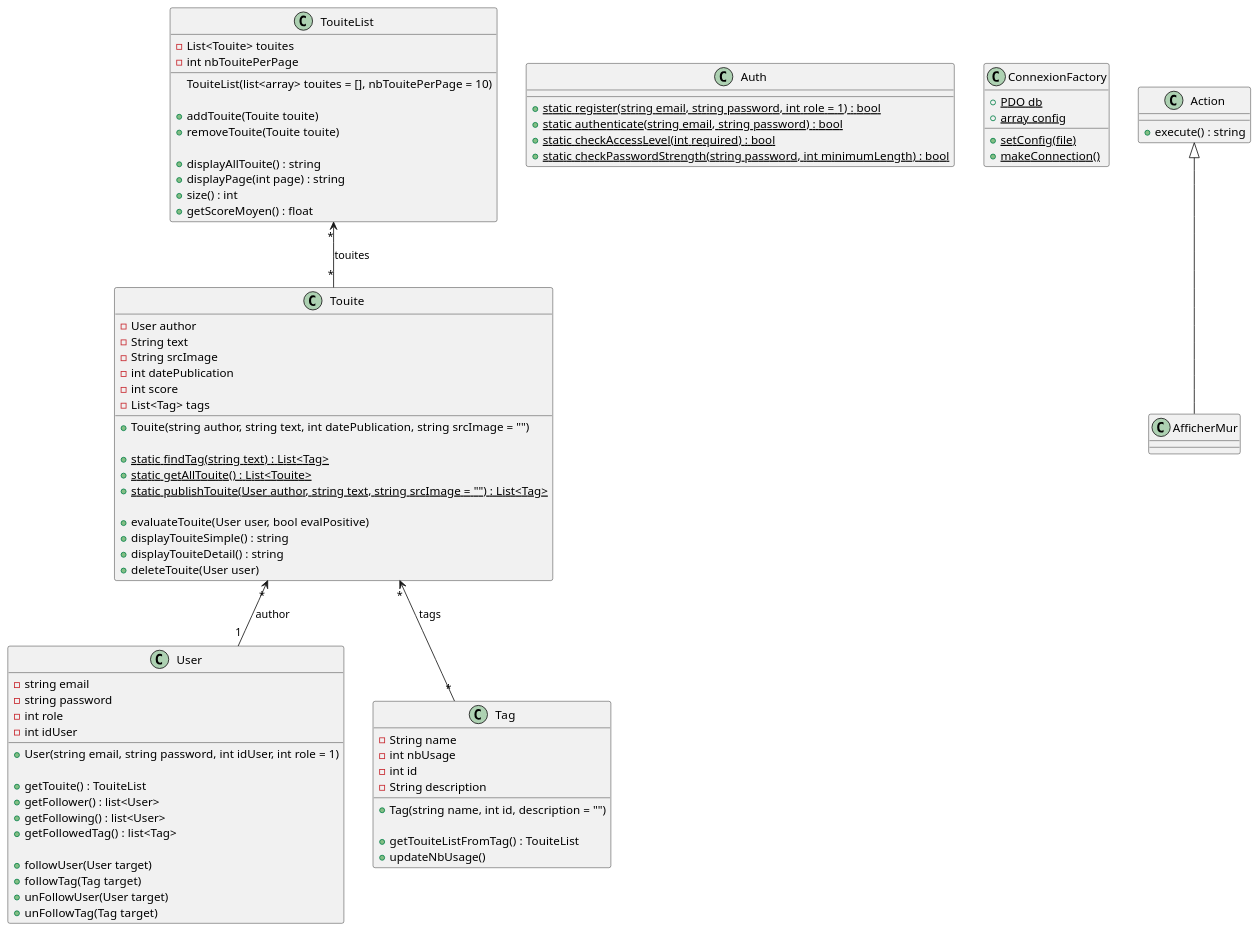
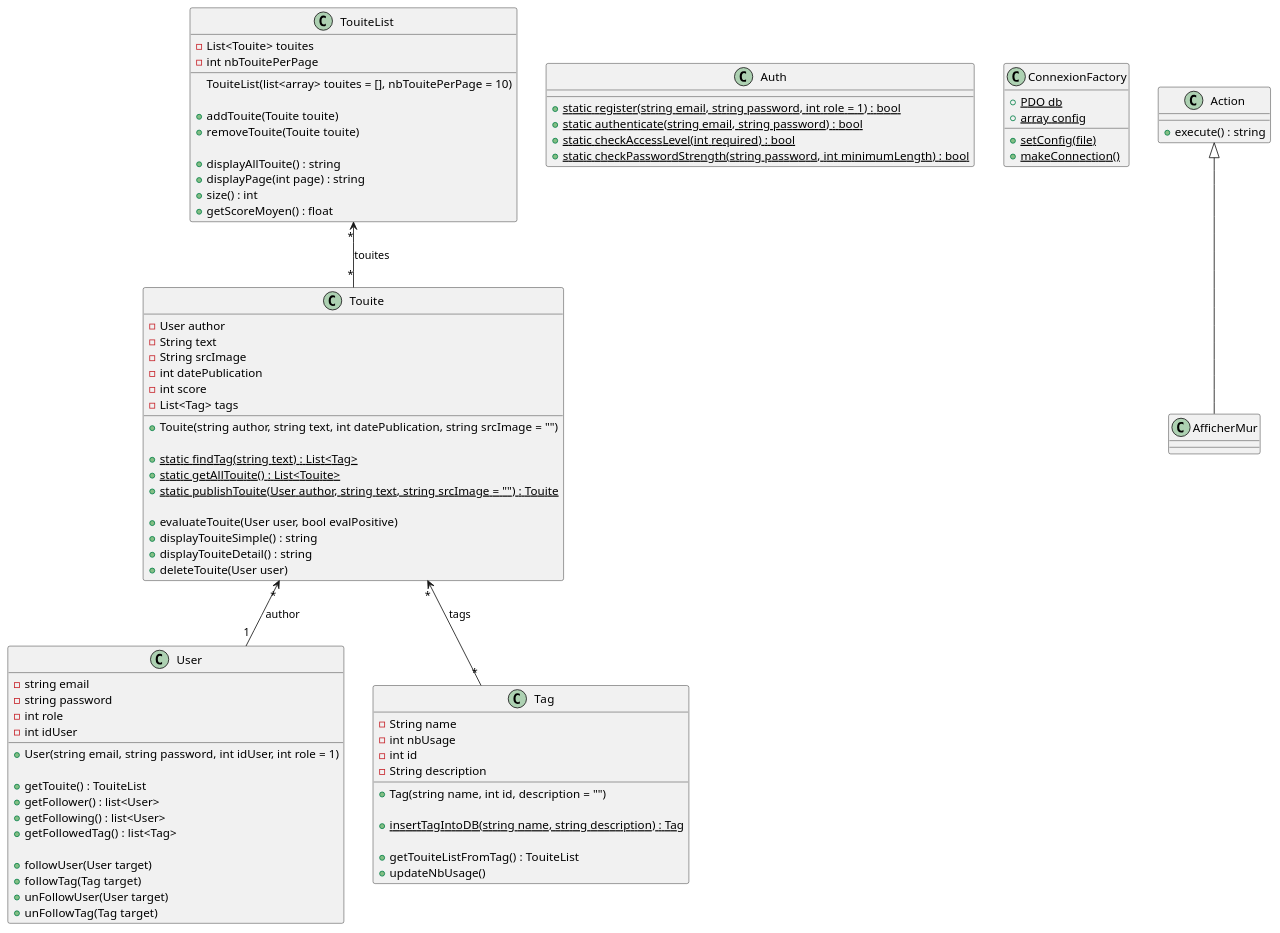
The diagram in src/ressource/Class_diagram.puml (Fiera42/Touiteur), drawn with PlantUML before and after one commit.

Commit message:
patched quirk in diagram

```diff
--- a/src/ressource/Class_diagram.puml
+++ b/src/ressource/Class_diagram.puml
@@ -1,97 +1,99 @@
 @startuml
 
 class User {
   -string email
   -string password
   -int role
   -int idUser
   
   +User(string email, string password, int idUser, int role = 1)
   
   +getTouite() : TouiteList
   +getFollower() : list<User>
   +getFollowing() : list<User>
   +getFollowedTag() : list<Tag>
   
   +followUser(User target)
   +followTag(Tag target)
   +unFollowUser(User target)
   +unFollowTag(Tag target)
 }
 
 class Touite {
   -User author
   -String text
   -String srcImage
   -int datePublication
   -int score
   -List<Tag> tags
   
   +Touite(string author, string text, int datePublication, string srcImage = "")
   
   +{static}static findTag(string text) : List<Tag>
   +{static}static getAllTouite() : List<Touite>
-  +{static}static publishTouite(User author, string text, string srcImage = "") : List<Tag>
+  +{static}static publishTouite(User author, string text, string srcImage = "") : Touite
   
   +evaluateTouite(User user, bool evalPositive)
   +displayTouiteSimple() : string
   +displayTouiteDetail() : string
   +deleteTouite(User user)
 }
 
 Touite "*" <-- "1" User : author
 Touite "*" <-- "*" Tag : tags
 
 class Tag {
   -String name
   -int nbUsage
   -int id
   -String description
   
   +Tag(string name, int id, description = "")
+  
+  +{static} insertTagIntoDB(string name, string description) : Tag
   
   +getTouiteListFromTag() : TouiteList
   +updateNbUsage()
 }
 
 class TouiteList {
   -List<Touite> touites
   -int nbTouitePerPage
   
   TouiteList(list<array> touites = [], nbTouitePerPage = 10)
   
   +addTouite(Touite touite)
   +removeTouite(Touite touite)
   
   +displayAllTouite() : string
   +displayPage(int page) : string
   +size() : int
   +getScoreMoyen() : float
 }
 
 TouiteList "*" <-- "*" Touite : touites
 
 class Auth {
   +{static}static register(string email, string password, int role = 1) : bool
   +{static}static authenticate(string email, string password) : bool
   +{static}static checkAccessLevel(int required) : bool
   +{static}static checkPasswordStrength(string password, int minimumLength) : bool
 }
 
 class ConnexionFactory {
   +{static} PDO db
   +{static} array config
   
   +{static} setConfig(file)
   +{static} makeConnection()
 }
 
 class Action {
   +execute() : string
 }
 
 class AfficherMur extends Action{
 
 }
 
 @enduml
```
